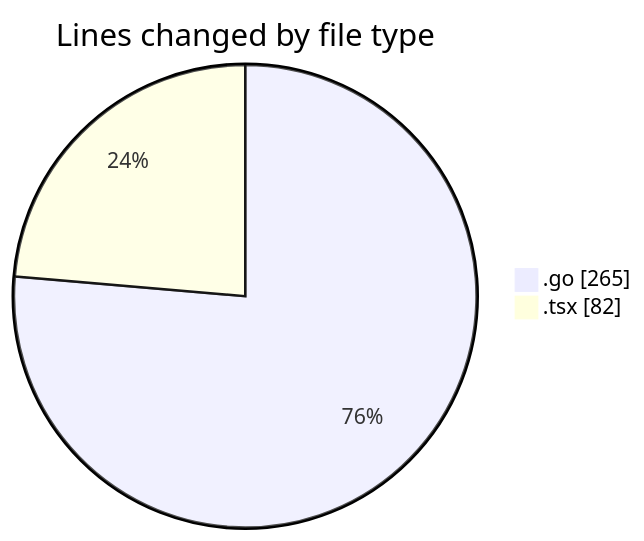
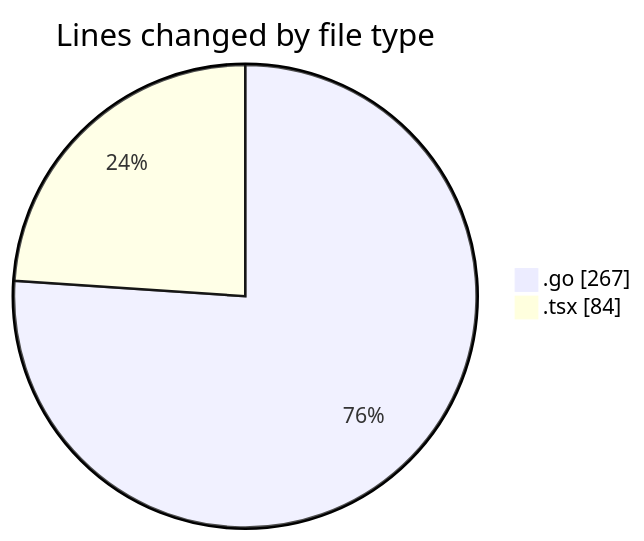
One commit to robertbonfada/code-tracking changed the first of 2 diagrams in 2025-02-21/termonied_testador/README.md. Above: the diagram before and after it, drawn with Mermaid. The commit also changed other lines of this file and 1 other file, not shown here.

````diff
--- a/2025-02-21/termonied_testador/README.md
+++ b/2025-02-21/termonied_testador/README.md
@@ -26,6 +26,6 @@
 ```mermaid
 pie showData
 title Lines changed by file type
-".go" : 265
-".tsx" : 82
+".go" : 267
+".tsx" : 84
 ```
````
